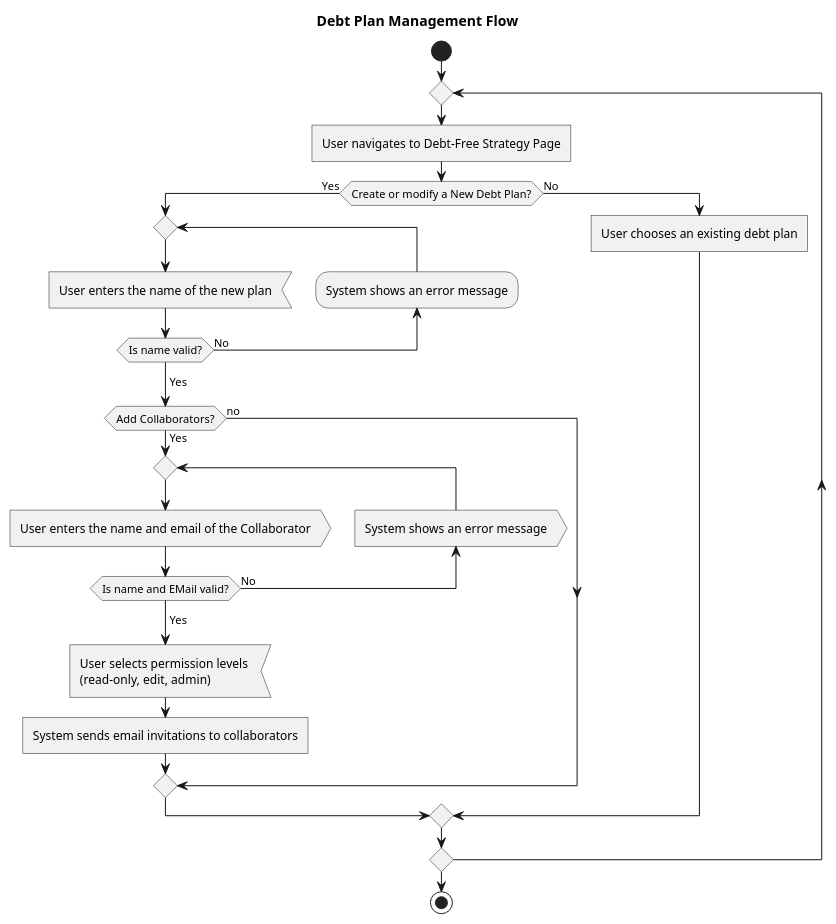
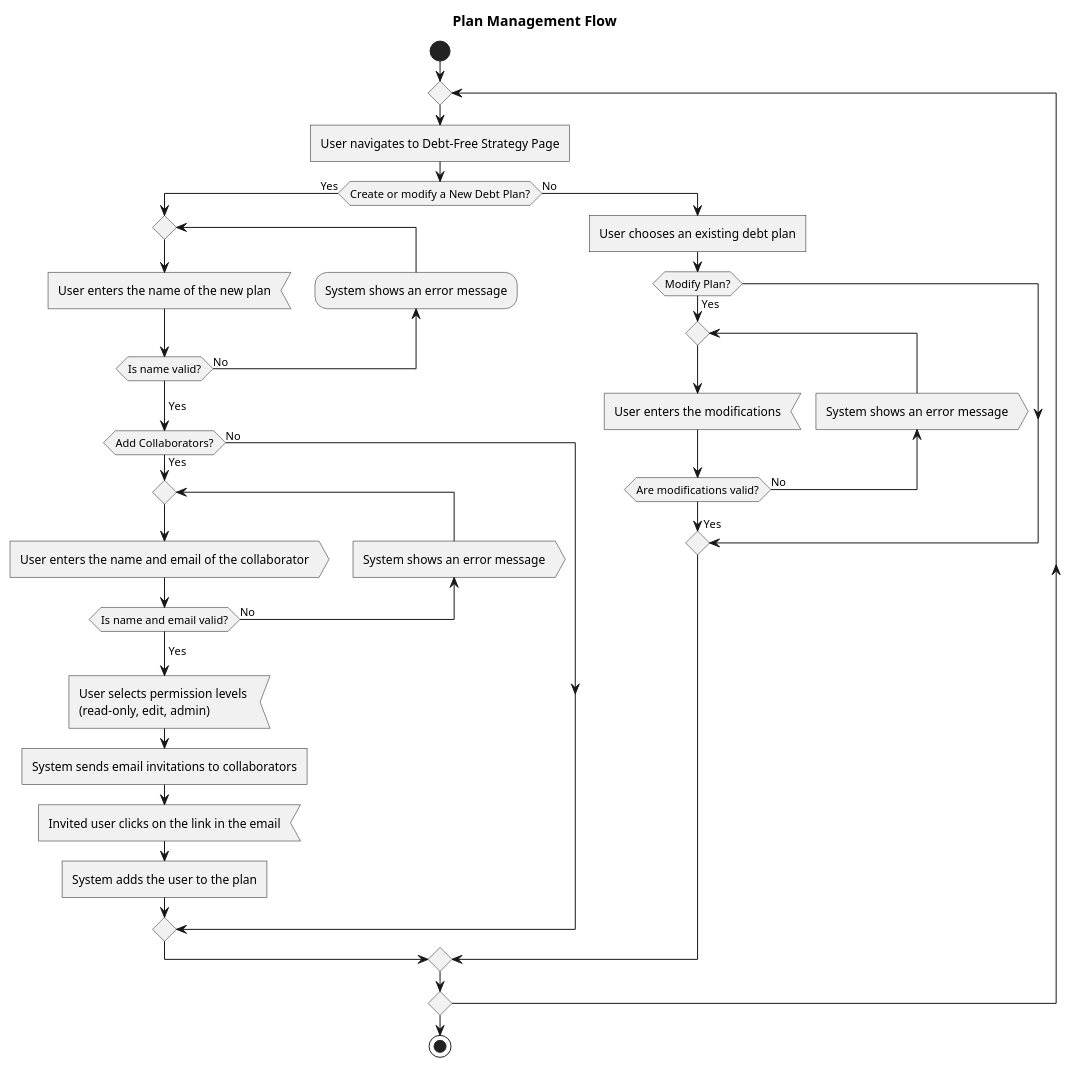
Before and after one commit to Guilderm/SnowballPlanner: the sixth of 10 diagrams in Documents/Product Requirements Document (PRD).md, drawn with PlantUML. The commit also changed 1 other file, not shown here.

````diff
--- a/Documents/Product Requirements Document (PRD).md
+++ b/Documents/Product Requirements Document (PRD).md
@@ -731,39 +731,50 @@
 ```plantuml
 @startuml
-title Debt Plan Management Flow
+title Plan Management Flow
 
 start
 
 repeat
-  :User navigates to Debt-Free Strategy Page;  <<task>>
+  :User navigates to Debt-Free Strategy Page; <<task>>
 
   if (Create or modify a New Debt Plan?) then (Yes)
     repeat
       :User enters the name of the new plan; <<input>>
 
       backward :System shows an error message;
     repeat while (Is name valid?) is (No)
     ->Yes;
 
     if (Add Collaborators?) then (Yes)
       repeat
-        :User enters the name and email of the Collaborator;  <<output>>
+        :User enters the name and email of the collaborator; <<output>>
 
-        backward :System shows an error message;  <<output>>
-      repeat while (Is name and EMail valid?) is (No)
+        backward :System shows an error message; <<output>>
+      repeat while (Is name and email valid?) is (No)
       ->Yes;
       
       :User selects permission levels \n(read-only, edit, admin); <<input>>
-
-      :System sends email invitations to collaborators;  <<task>>
-    else (no)
+      :System sends email invitations to collaborators; <<task>>
+      :Invited user clicks on the link in the email; <<input>>
+      :System adds the user to the plan; <<task>>
+    else (No)
     endif
     
   else (No)
     :User chooses an existing debt plan; <<task>>
+
+    if (Modify Plan?) then (Yes)
+      repeat
+        :User enters the modifications; <<input>>
+
+        backward :System shows an error message; <<output>>
+      repeat while (Are modifications valid?) is (No)
+      ->Yes;
+
+    endif
   endif
 
 repeat while ()
 stop
 @enduml
 ```
````
